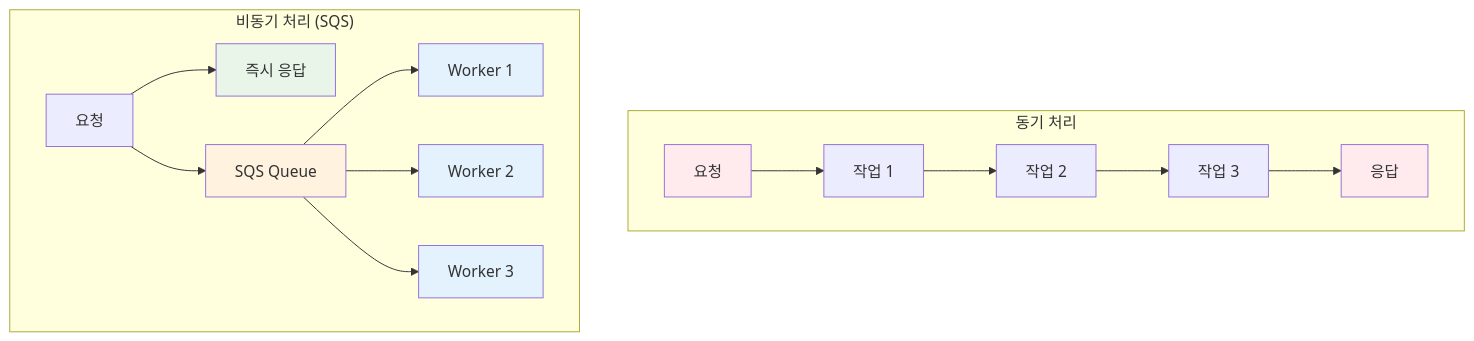
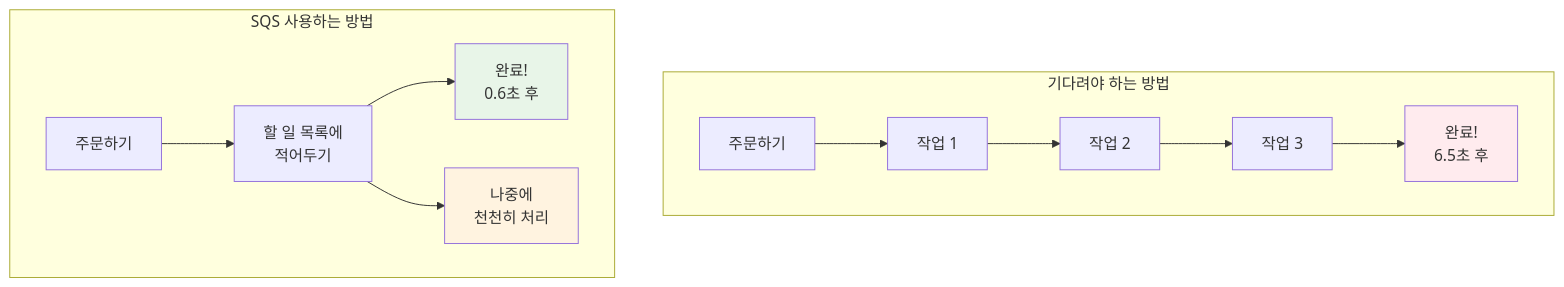
One commit to niceguy61/kdt_devops_lecture_2025 changed the first of 6 diagrams in theory/november/week_02/day1/session_1.md. Above: the diagram before and after it, drawn with Mermaid. The commit also changed other lines of this file and 1 other file, not shown here.

````diff
--- a/theory/november/week_02/day1/session_1.md
+++ b/theory/november/week_02/day1/session_1.md
@@ -85,25 +80,19 @@
 ```mermaid
 graph TB
-    subgraph "동기 처리"
-        A1[요청] --> A2[작업 1]
+    subgraph "기다려야 하는 방법"
+        A1[주문하기] --> A2[작업 1]
         A2 --> A3[작업 2]
         A3 --> A4[작업 3]
-        A4 --> A5[응답]
+        A4 --> A5[완료!<br/>6.5초 후]
     end
     
-    subgraph "비동기 처리 (SQS)"
-        B1[요청] --> B2[즉시 응답]
-        B1 --> B3[SQS Queue]
-        B3 --> B4[Worker 1]
-        B3 --> B5[Worker 2]
-        B3 --> B6[Worker 3]
+    subgraph "SQS 사용하는 방법"
+        B1[주문하기] --> B2[할 일 목록에<br/>적어두기]
+        B2 --> B3[완료!<br/>0.6초 후]
+        B2 --> B4[나중에<br/>천천히 처리]
     end
     
-    style A1 fill:#ffebee
     style A5 fill:#ffebee
-    style B2 fill:#e8f5e8
-    style B3 fill:#fff3e0
-    style B4 fill:#e3f2fd
-    style B5 fill:#e3f2fd
-    style B6 fill:#e3f2fd
+    style B3 fill:#e8f5e8
+    style B4 fill:#fff3e0
 ```
````
